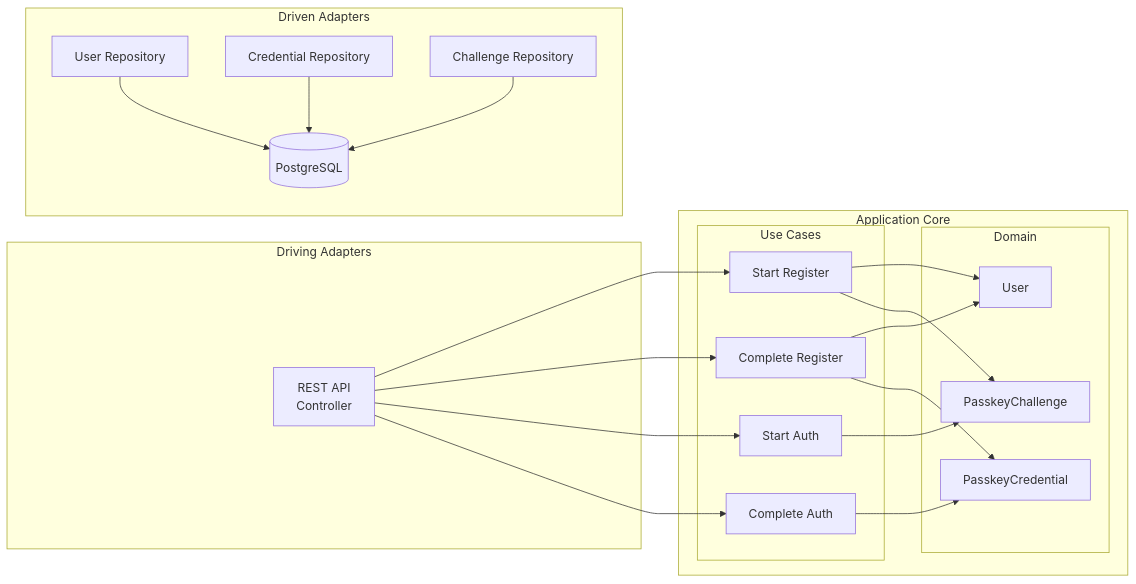
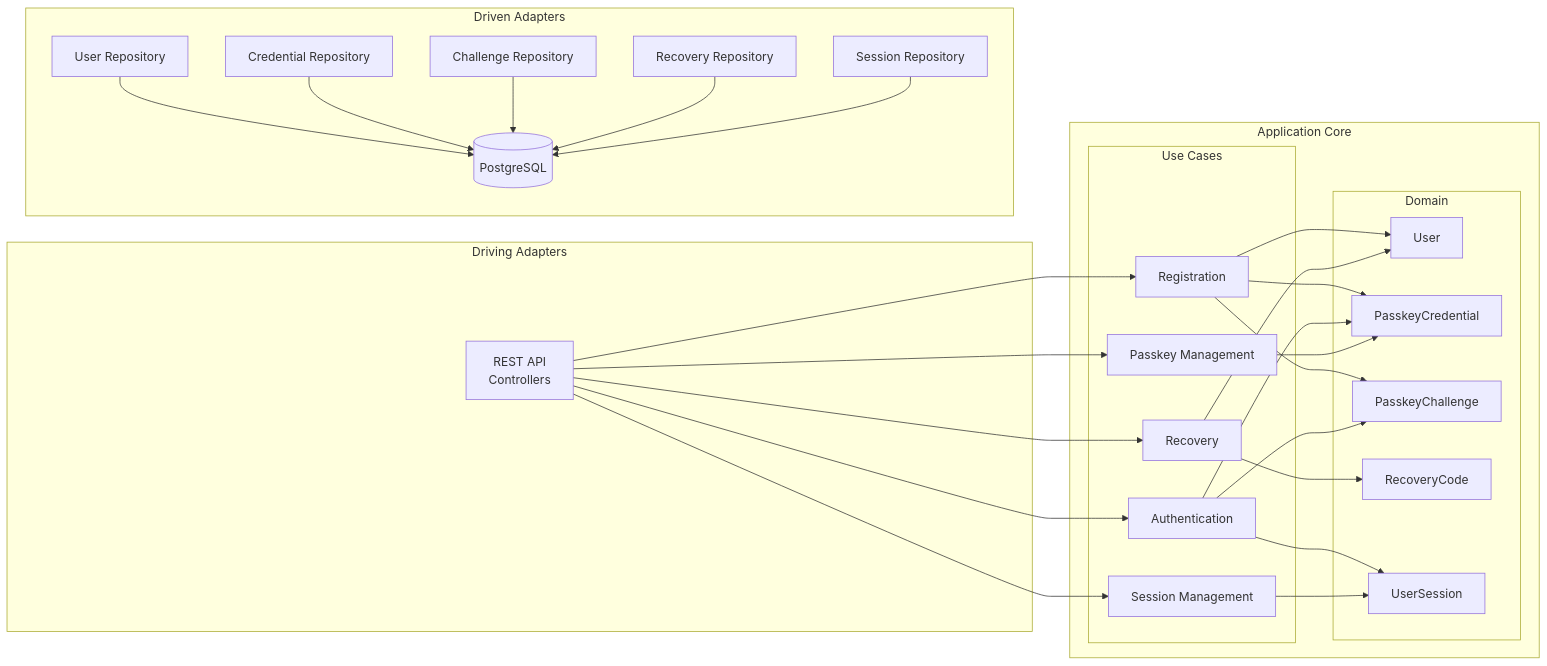
Before and after one commit to trinhvandat/passkey-webauthn: the second of 28 diagrams in docs/ARCHITECTURE.md, drawn with Mermaid. The commit also changed other lines of this file and 75 other files, not shown here.

Commit message:
Add passkey management, recovery and session manager

````diff
--- a/docs/ARCHITECTURE.md
+++ b/docs/ARCHITECTURE.md
@@ -62,44 +65,56 @@
 ```mermaid
 graph LR
     subgraph "Driving Adapters"
-        REST[REST API<br/>Controller]
+        REST[REST API<br/>Controllers]
     end
 
     subgraph "Application Core"
         subgraph "Use Cases"
-            UC1[Start Register]
-            UC2[Complete Register]
-            UC3[Start Auth]
-            UC4[Complete Auth]
+            UC1[Registration]
+            UC2[Authentication]
+            UC3[Passkey Management]
+            UC4[Recovery]
+            UC5[Session Management]
         end
 
         subgraph "Domain"
             User[User]
             Credential[PasskeyCredential]
             Challenge[PasskeyChallenge]
+            Recovery[RecoveryCode]
+            Session[UserSession]
         end
     end
 
     subgraph "Driven Adapters"
         UserRepo[User Repository]
         CredRepo[Credential Repository]
         ChalRepo[Challenge Repository]
+        RecoveryRepo[Recovery Repository]
+        SessionRepo[Session Repository]
         DB[(PostgreSQL)]
     end
 
     REST --> UC1
     REST --> UC2
     REST --> UC3
     REST --> UC4
+    REST --> UC5
 
     UC1 --> User
     UC1 --> Challenge
-    UC2 --> User
+    UC1 --> Credential
+    UC2 --> Challenge
     UC2 --> Credential
-    UC3 --> Challenge
-    UC4 --> Credential
+    UC2 --> Session
+    UC3 --> Credential
+    UC4 --> Recovery
+    UC4 --> User
+    UC5 --> Session
 
     UserRepo --> DB
     CredRepo --> DB
     ChalRepo --> DB
+    RecoveryRepo --> DB
+    SessionRepo --> DB
 ```
````
